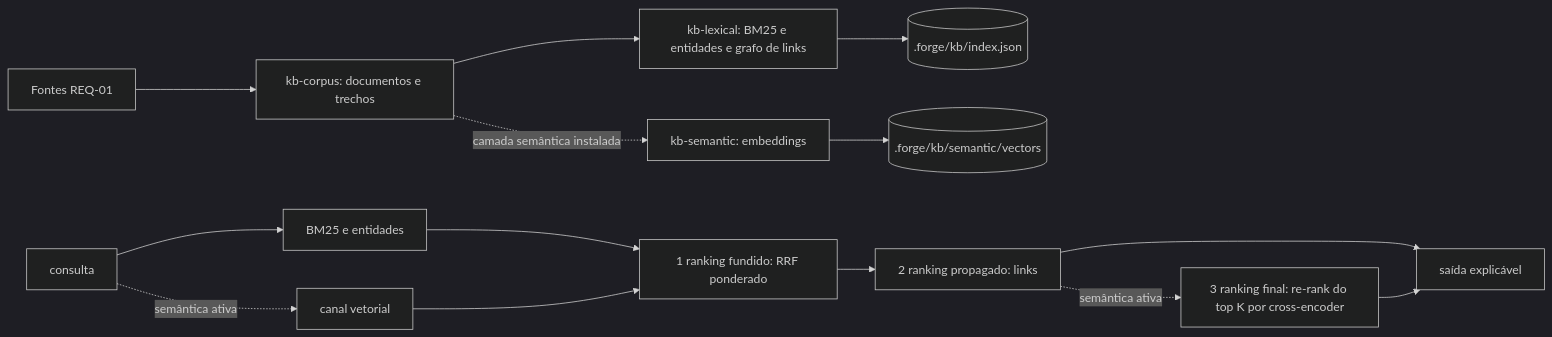
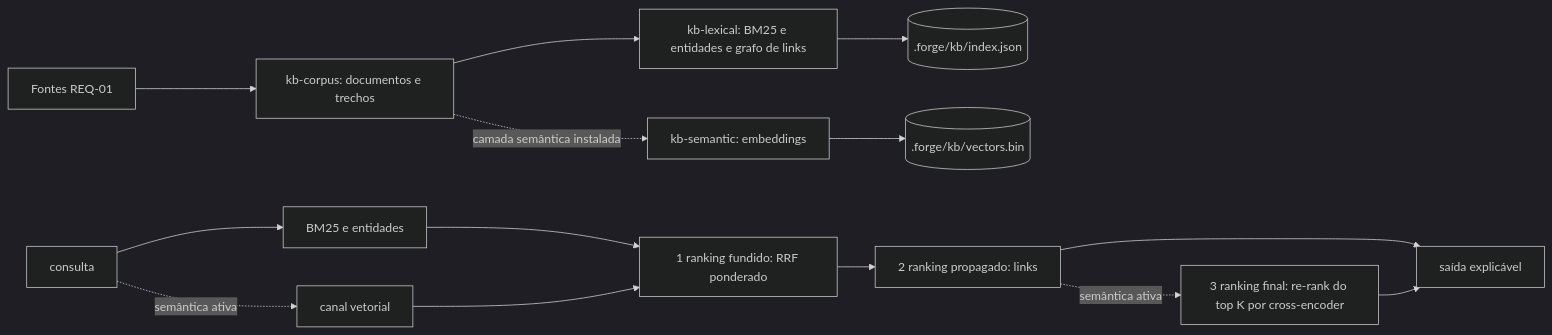
Before and after one commit to vellus-tech/forge-harness: the diagram in .forge/specs/active/add-unified-knowledge-search/design.md, drawn with Mermaid (dark theme). The commit also changed other lines of this file, not shown here.

````diff
--- a/.forge/specs/active/add-unified-knowledge-search/design.md
+++ b/.forge/specs/active/add-unified-knowledge-search/design.md
@@ -17,16 +17,16 @@
 ```mermaid
 flowchart LR
   F[Fontes REQ-01] --> C[kb-corpus: documentos e trechos]
   C --> L[kb-lexical: BM25 e entidades e grafo de links]
   L --> I[(.forge/kb/index.json)]
   C -. camada semântica instalada .-> E[kb-semantic: embeddings]
-  E --> V[(.forge/kb/semantic/vectors)]
+  E --> V[(.forge/kb/vectors.bin)]
   Q[consulta] --> R1[BM25 e entidades]
   Q -. semântica ativa .-> R2[canal vetorial]
   R1 --> FU[1 ranking fundido: RRF ponderado]
   R2 --> FU
   FU --> PR[2 ranking propagado: links]
   PR -. semântica ativa .-> RR[3 ranking final: re-rank do top K por cross-encoder]
   PR --> OUT[saída explicável]
   RR --> OUT
 ```
````
